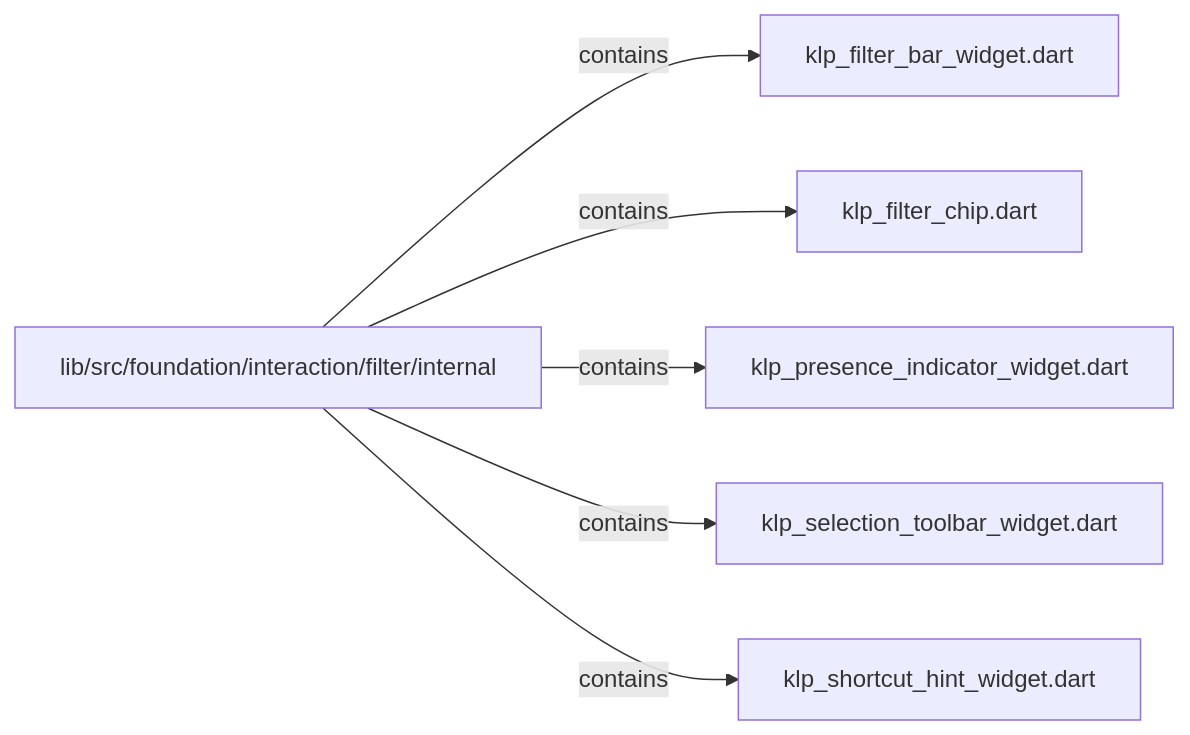
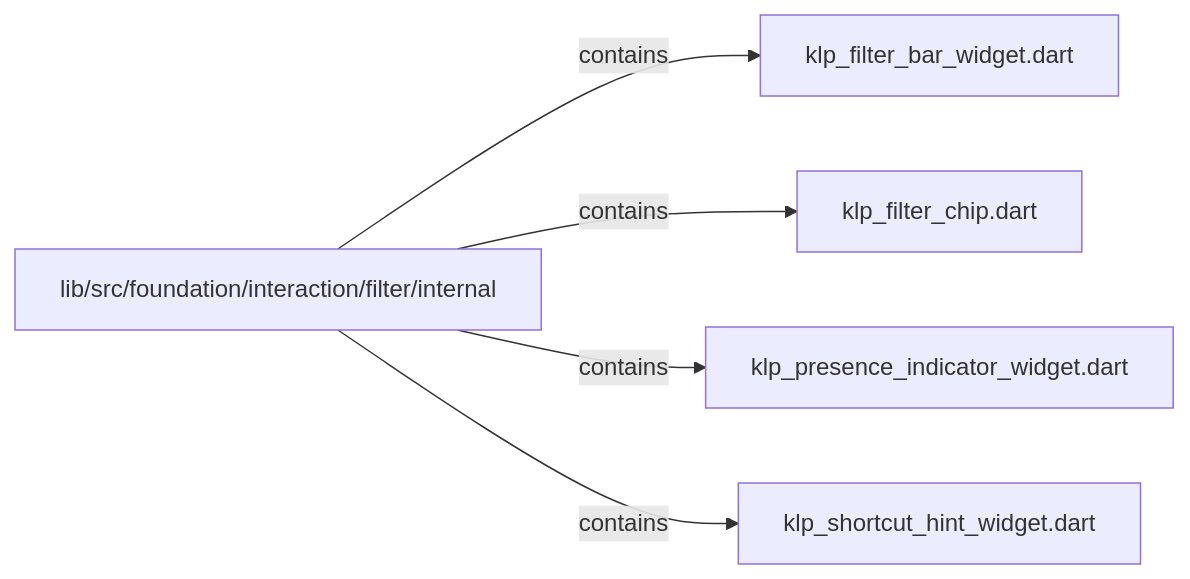
The second of 2 diagrams in docs/architecture/src/foundation/interaction/filter/internal/README.md (MiuDog/Kallopis), drawn with Mermaid before and after one commit. The commit also changed other lines of this file and 9688 other files, not shown here.

Commit message:
Prepare isolated Flow F2 peer baseline

````diff
--- a/docs/architecture/src/foundation/interaction/filter/internal/README.md
+++ b/docs/architecture/src/foundation/interaction/filter/internal/README.md
@@ -26,14 +26,12 @@
 ```mermaid
 flowchart LR
 	n0["lib/src/foundation/interaction/filter/internal"]
 	n1["klp_filter_bar_widget.dart"]
 	n2["klp_filter_chip.dart"]
 	n3["klp_presence_indicator_widget.dart"]
-	n4["klp_selection_toolbar_widget.dart"]
-	n5["klp_shortcut_hint_widget.dart"]
+	n4["klp_shortcut_hint_widget.dart"]
 	n0 -->|"contains"| n1
 	n0 -->|"contains"| n2
 	n0 -->|"contains"| n3
 	n0 -->|"contains"| n4
-	n0 -->|"contains"| n5
 ```
````
